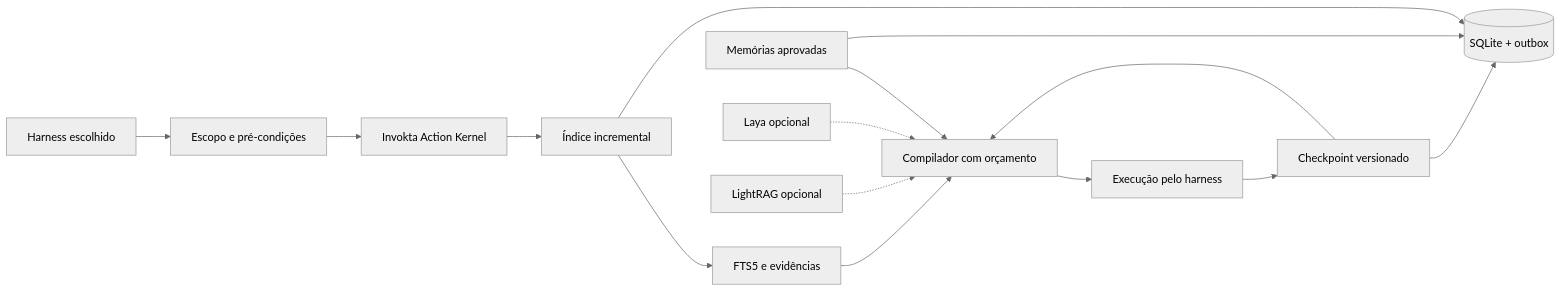
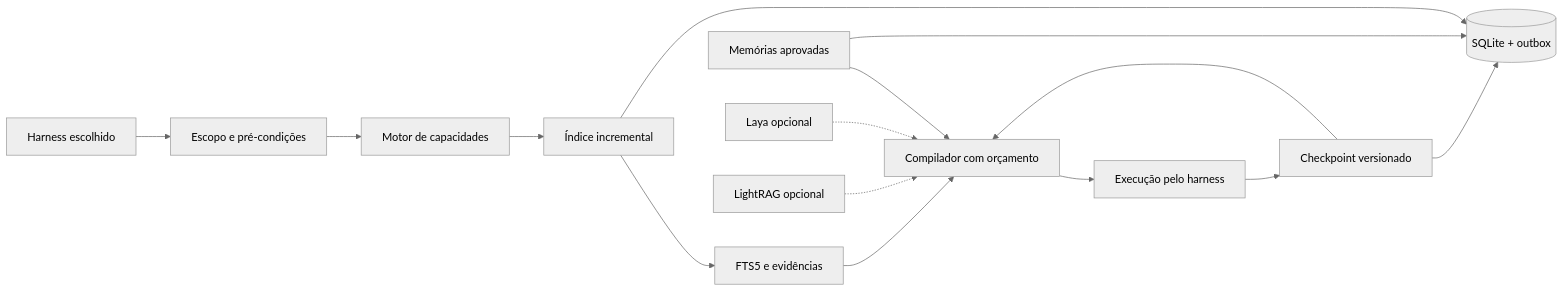
The diagram in docs/DOSSIER.md (oalexandrebelo/BBrainX), drawn with Mermaid (neutral theme) before and after one commit. The commit also changed other lines of this file and 40 other files, not shown here.

````diff
--- a/docs/DOSSIER.md
+++ b/docs/DOSSIER.md
@@ -72,17 +72,17 @@
 ```mermaid
 flowchart LR
  H[Harness escolhido] --> S[Escopo e pré-condições]
- S --> I[Invokta Action Kernel]
+ S --> I[Motor de capacidades]
  I --> X[Índice incremental]
  X --> R[FTS5 e evidências]
  R --> C[Compilador com orçamento]
  M[Memórias aprovadas] --> C
  K[Checkpoint versionado] --> C
  C --> E[Execução pelo harness]
  E --> K
  K --> D[(SQLite + outbox)]
  X --> D
  M --> D
  L[Laya opcional] -.-> C
  G[LightRAG opcional] -.-> C
 ```
````
